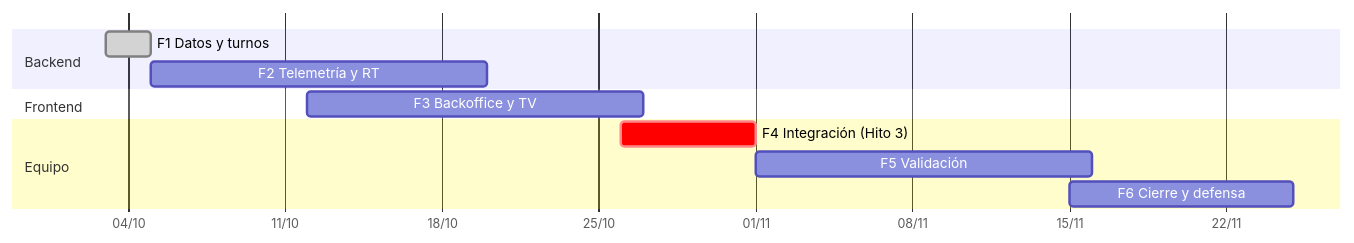
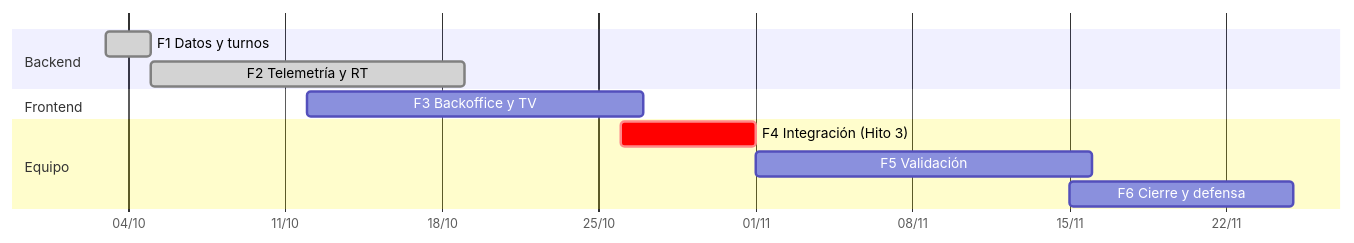
One commit to GastMolina267/pti-monorepo changed the diagram in docs/07-roadmap.md. Above: the diagram before and after it, drawn with Mermaid. The commit also changed other lines of this file and 14 other files, not shown here.

````diff
--- a/docs/07-roadmap.md
+++ b/docs/07-roadmap.md
@@ -18,14 +18,14 @@
 ```mermaid
 gantt
   dateFormat YYYY-MM-DD
   axisFormat %d/%m
   section Backend
   F1 Datos y turnos        :done, f1, 2026-10-03, 2d
-  F2 Telemetría y RT       :f2, 2026-10-05, 15d
+  F2 Telemetría y RT       :done, f2, 2026-10-05, 14d
   section Frontend
   F3 Backoffice y TV       :f3, 2026-10-12, 15d
   section Equipo
   F4 Integración (Hito 3)  :crit, f4, 2026-10-26, 6d
   F5 Validación            :f5, 2026-11-01, 15d
   F6 Cierre y defensa      :f6, 2026-11-15, 10d
 ```
````
